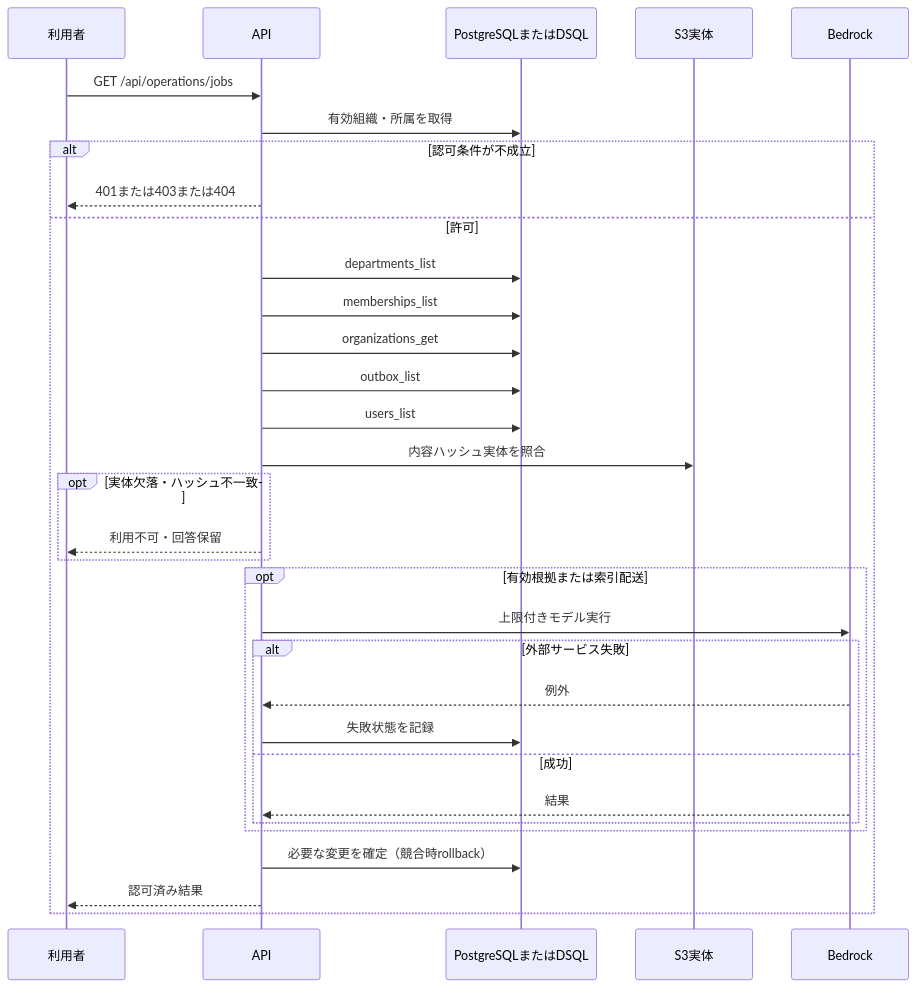
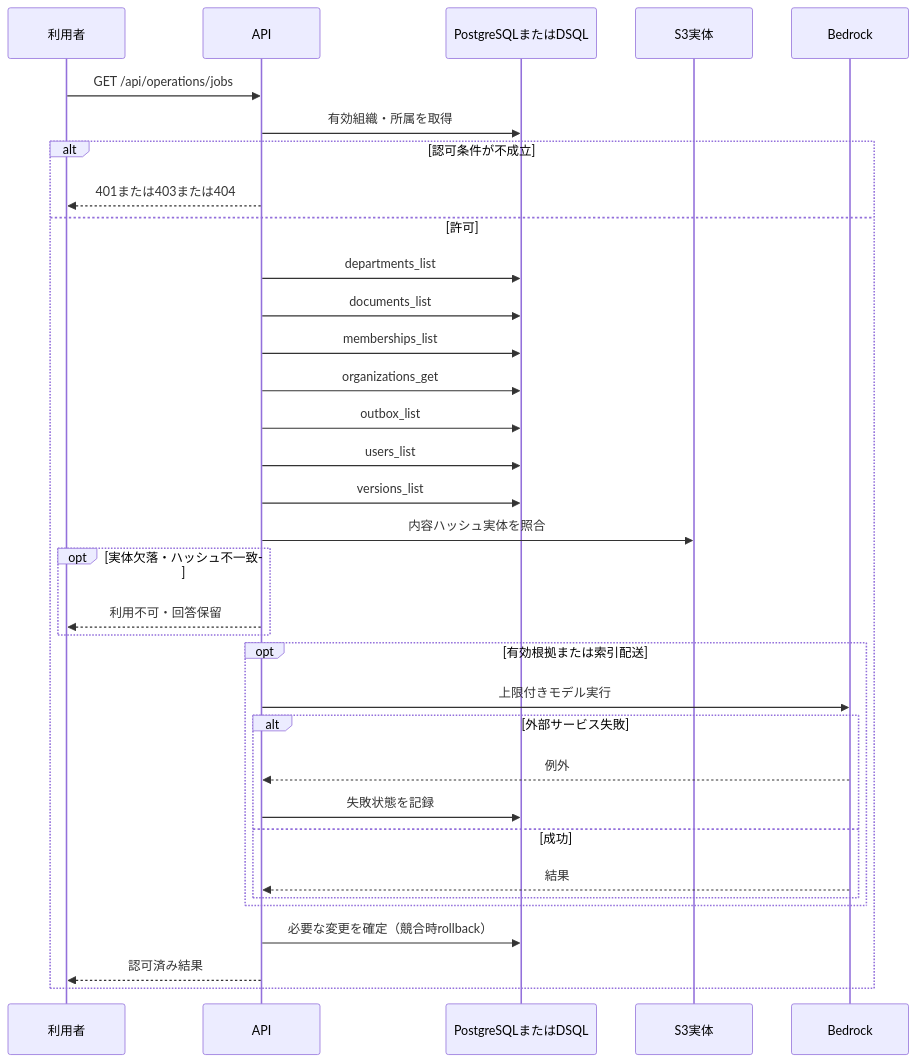
Before and after one commit to tsuji-tomonori/KotoRelay: the diagram in docs/design/generated/api/list_jobs.sequence.md, drawn with Mermaid. The commit also changed other lines of this file and 214 other files, not shown here.

````diff
--- a/docs/design/generated/api/list_jobs.sequence.md
+++ b/docs/design/generated/api/list_jobs.sequence.md
@@ -5,34 +5,36 @@
 ```mermaid
 sequenceDiagram
     participant U as 利用者
     participant A as API
     participant D as PostgreSQLまたはDSQL
     participant S as S3実体
     participant M as Bedrock
     U->>A: GET /api/operations/jobs
     A->>D: 有効組織・所属を取得
     alt 認可条件が不成立
         A-->>U: 401または403または404
     else 許可
         A->>D: departments_list
+        A->>D: documents_list
         A->>D: memberships_list
         A->>D: organizations_get
         A->>D: outbox_list
         A->>D: users_list
+        A->>D: versions_list
         A->>S: 内容ハッシュ実体を照合
         opt 実体欠落・ハッシュ不一致
             A-->>U: 利用不可・回答保留
         end
         opt 有効根拠または索引配送
             A->>M: 上限付きモデル実行
             alt 外部サービス失敗
                 M-->>A: 例外
                 A->>D: 失敗状態を記録
             else 成功
                 M-->>A: 結果
             end
         end
         A->>D: 必要な変更を確定（競合時rollback）
         A-->>U: 認可済み結果
     end
 ```
````
